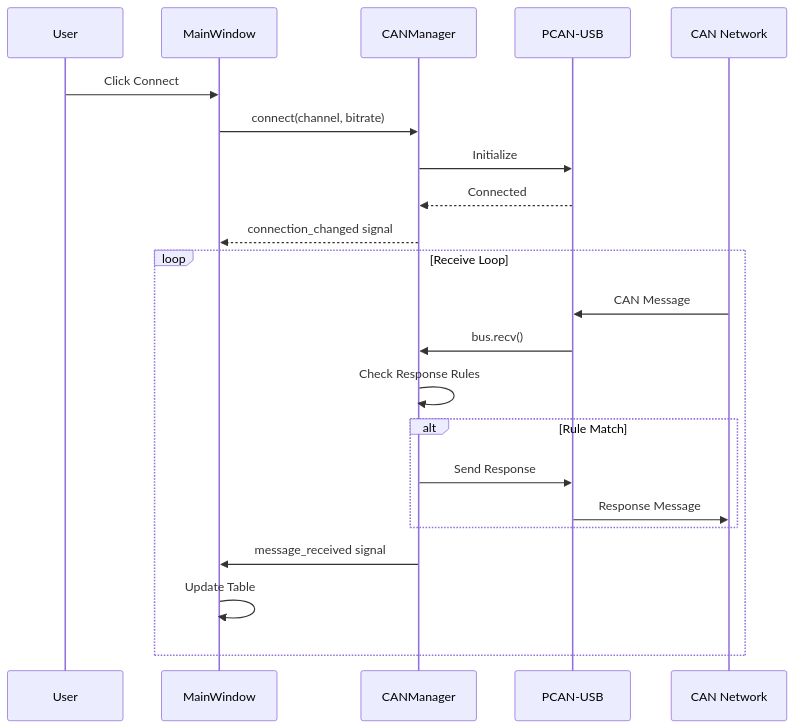
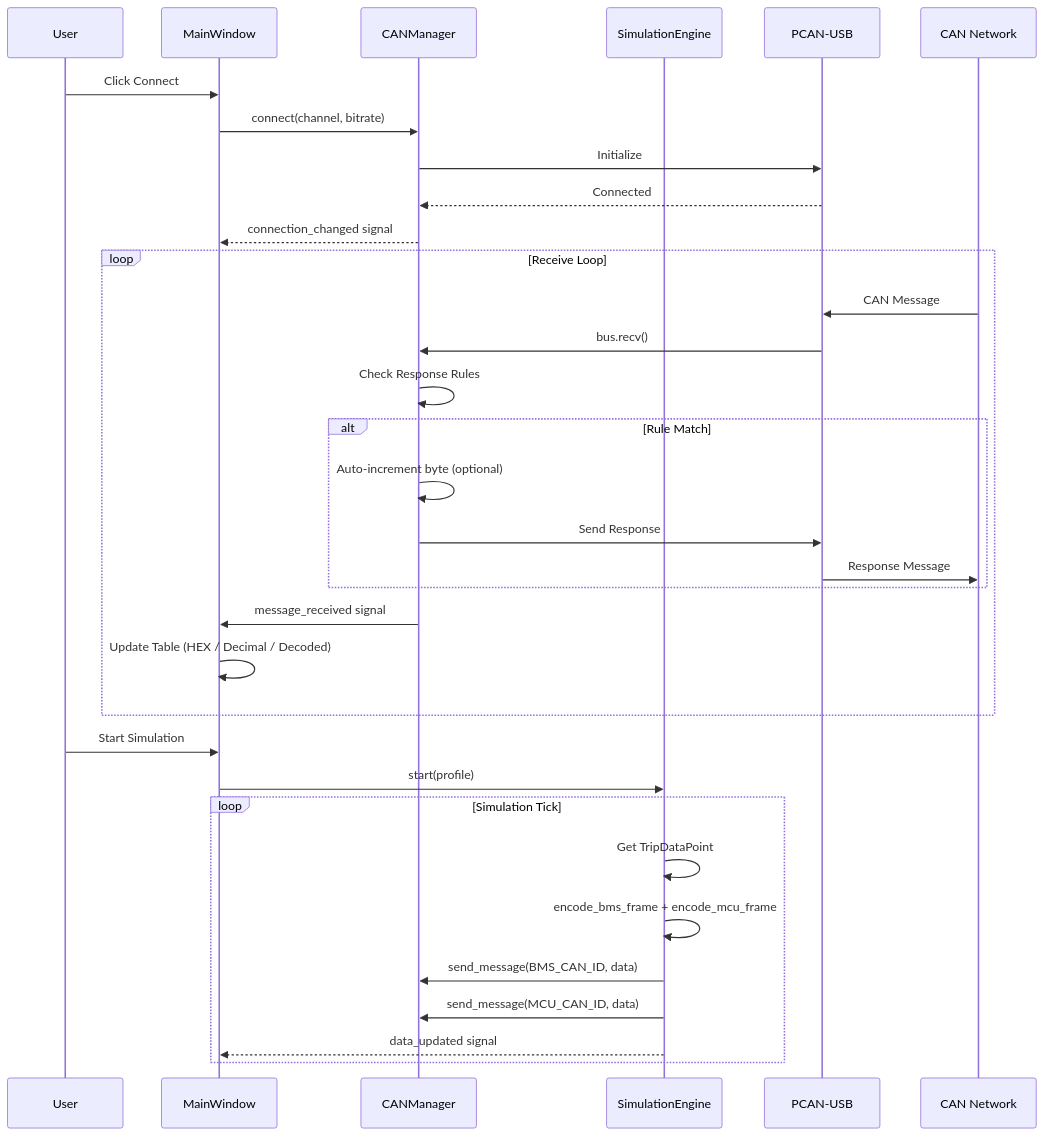
One commit to joaopef/CANtroller changed the second of 3 diagrams in docs/architecture.md. Above: the diagram before and after it, drawn with Mermaid. The commit also changed other lines of this file and 7 other files, not shown here.

````diff
--- a/docs/architecture.md
+++ b/docs/architecture.md
@@ -60,26 +77,38 @@
 ```mermaid
 sequenceDiagram
     participant User
     participant GUI as MainWindow
     participant MGR as CANManager
+    participant SIM as SimulationEngine
     participant BUS as PCAN-USB
     participant NET as CAN Network
-    
+
     User->>GUI: Click Connect
     GUI->>MGR: connect(channel, bitrate)
     MGR->>BUS: Initialize
     BUS-->>MGR: Connected
     MGR-->>GUI: connection_changed signal
-    
+
     loop Receive Loop
         NET->>BUS: CAN Message
         BUS->>MGR: bus.recv()
         MGR->>MGR: Check Response Rules
         alt Rule Match
+            MGR->>MGR: Auto-increment byte (optional)
             MGR->>BUS: Send Response
             BUS->>NET: Response Message
         end
         MGR->>GUI: message_received signal
-        GUI->>GUI: Update Table
+        GUI->>GUI: Update Table (HEX / Decimal / Decoded)
+    end
+
+    User->>GUI: Start Simulation
+    GUI->>SIM: start(profile)
+    loop Simulation Tick
+        SIM->>SIM: Get TripDataPoint
+        SIM->>SIM: encode_bms_frame + encode_mcu_frame
+        SIM->>MGR: send_message(BMS_CAN_ID, data)
+        SIM->>MGR: send_message(MCU_CAN_ID, data)
+        SIM-->>GUI: data_updated signal
     end
 ```
````
